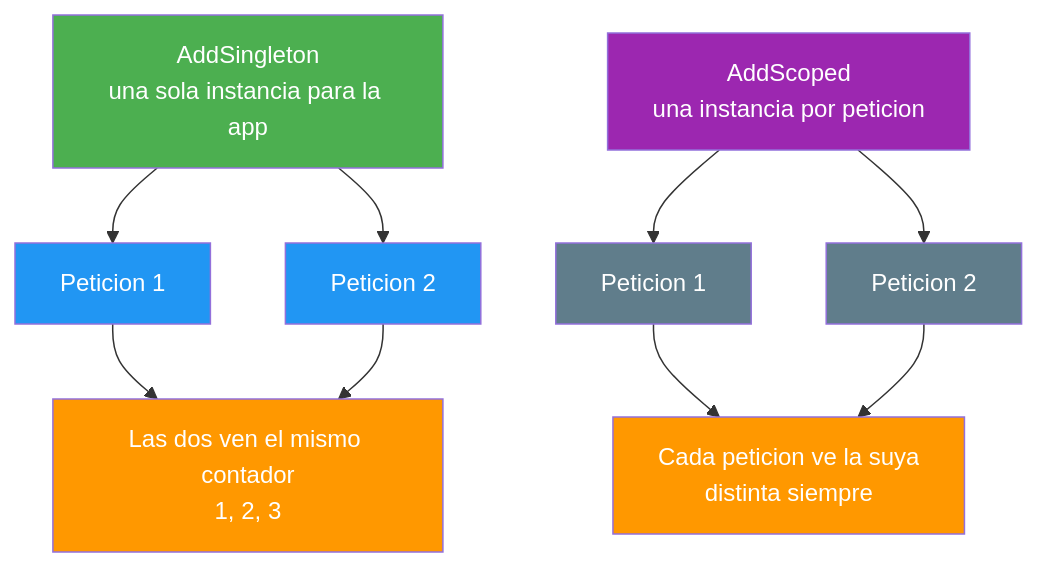
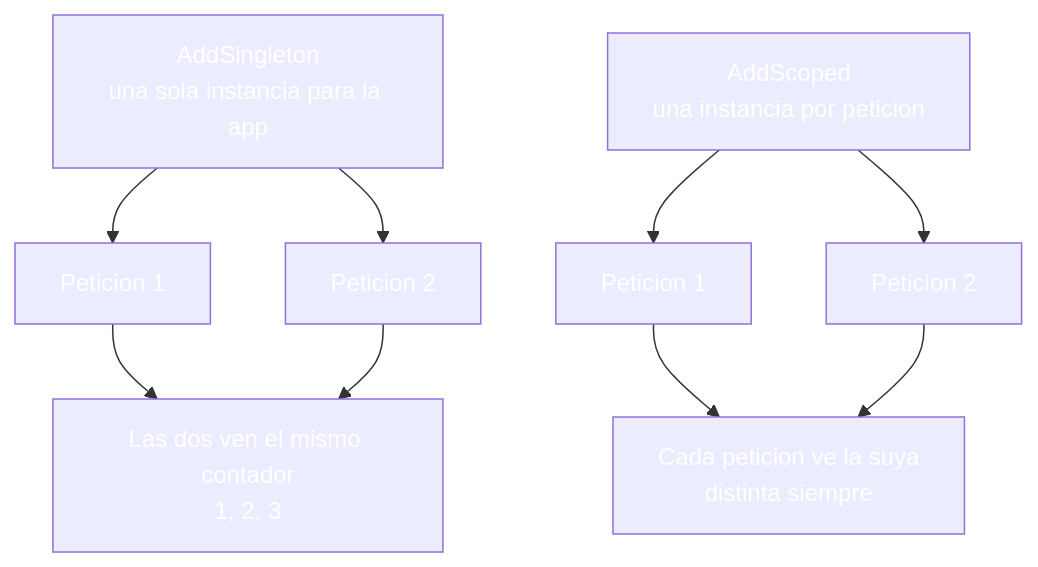
The fourth of 4 diagrams in 17-estado-app.md (joseluisgs/DesarrolloWebEntornosServidor-03-2026-2027), drawn with Mermaid before and after one commit. The commit also changed other lines of this file and 30 other files, not shown here.

````diff
--- a/17-estado-app.md
+++ b/17-estado-app.md
@@ -318,19 +318,19 @@
 ```mermaid
 graph TD
     S["AddSingleton<br/>una sola instancia para la app"] --> P1["Peticion 1"]
     S --> P2["Peticion 2"]
     P1 --> V["Las dos ven el mismo contador<br/>1, 2, 3"]
     P2 --> V
     A["AddScoped<br/>una instancia por peticion"] --> Q1["Peticion 1"]
     A --> Q2["Peticion 2"]
     Q1 --> W["Cada peticion ve la suya<br/>distinta siempre"]
     Q2 --> W
-    style S fill:#4CAF50,color:#fff
-    style P1 fill:#2196F3,color:#fff
-    style P2 fill:#2196F3,color:#fff
-    style V fill:#FF9800,color:#fff
-    style A fill:#9C27B0,color:#fff
-    style Q1 fill:#607D8B,color:#fff
-    style Q2 fill:#607D8B,color:#fff
-    style W fill:#FF9800,color:#fff
+    style S fill:#4CAF5,color:#fff0,color:#fff
+    style P1 fill:#2196F,color:#fff3,color:#fff
+    style P2 fill:#2196F,color:#fff3,color:#fff
+    style V fill:#FF980,color:#fff0,color:#fff
+    style A fill:#9C27B,color:#fff0,color:#fff
+    style Q1 fill:#607D8,color:#fffB,color:#fff
+    style Q2 fill:#607D8,color:#fffB,color:#fff
+    style W fill:#FF980,color:#fff0,color:#fff
 ```
````
